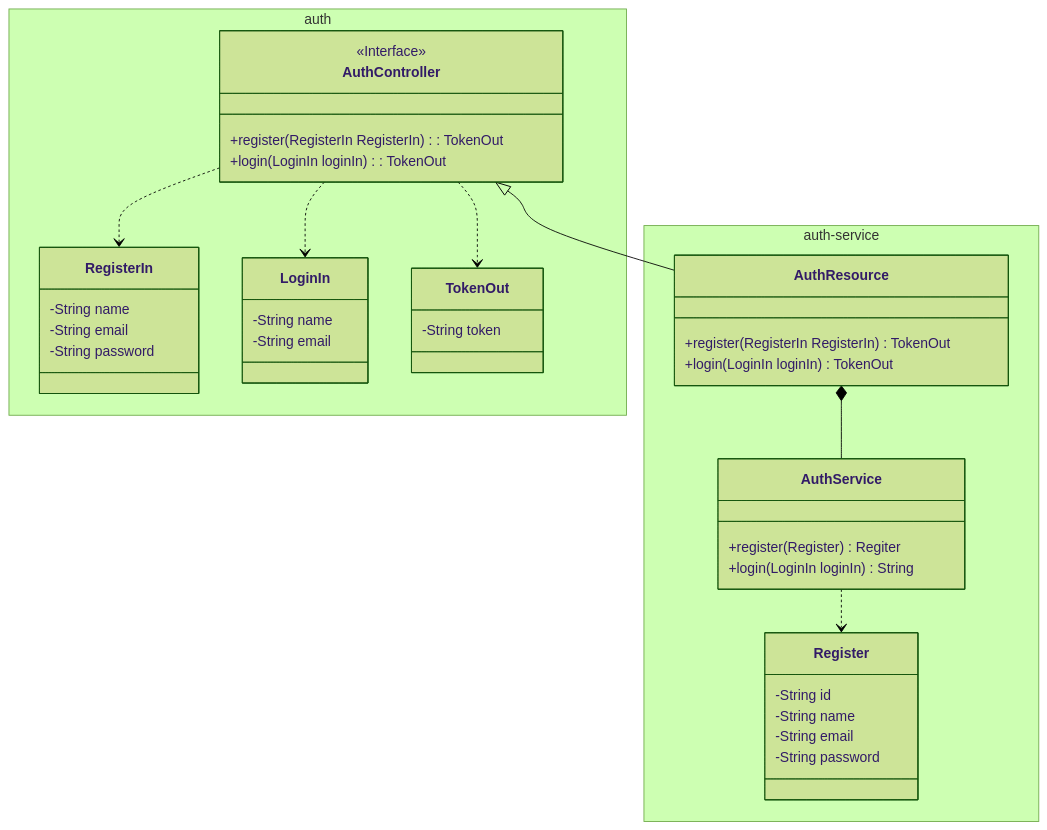
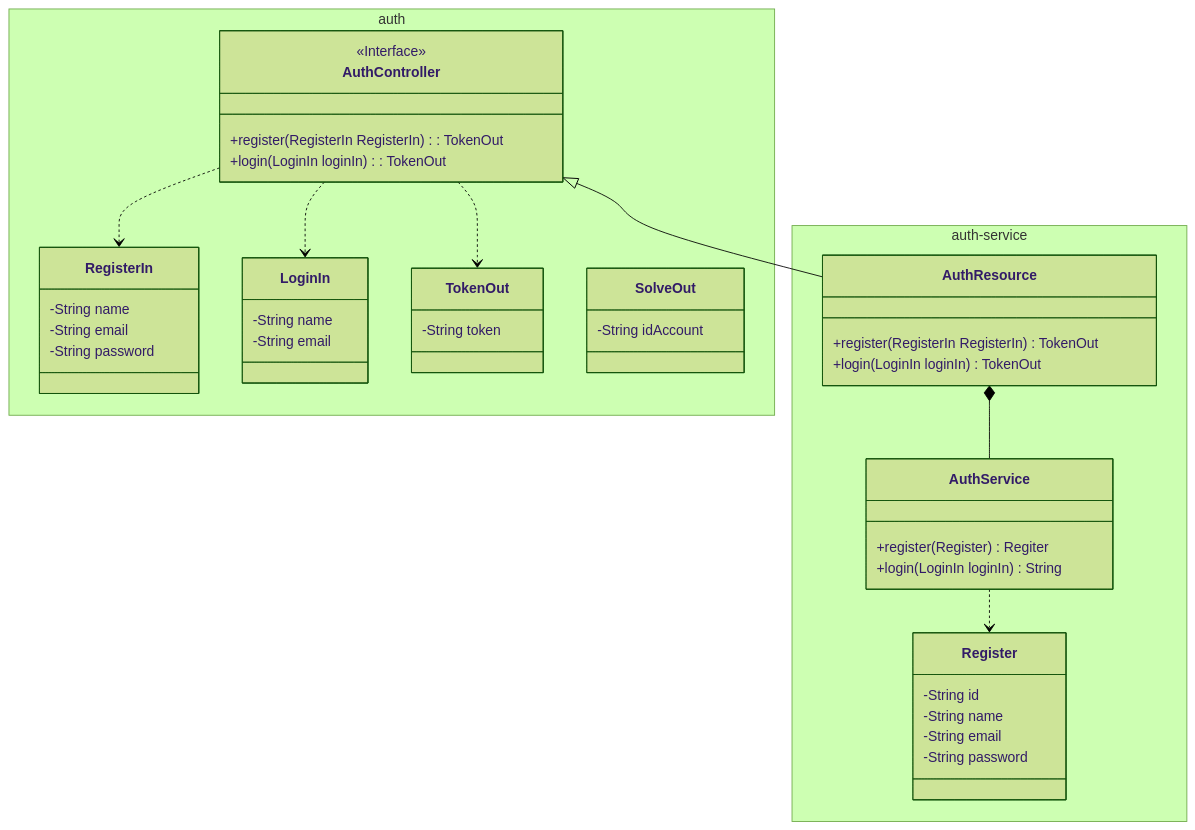
The first of 6 diagrams in docs/checkpoints/checkpoint3.md (laupontiroli/platform_api-serv), drawn with Mermaid (forest theme) before and after one commit. The commit also changed other lines of this file, not shown here.

Commit message:
solve token and update header with id-account

````diff
--- a/docs/checkpoints/checkpoint3.md
+++ b/docs/checkpoints/checkpoint3.md
@@ -8,45 +8,48 @@
 ``` mermaid
 classDiagram
     namespace auth {
         class AuthController {
             +register(RegisterIn RegisterIn): TokenOut
             +login(LoginIn loginIn): TokenOut
         }
         class RegisterIn {
             -String name
             -String email
             -String password
         }
         class LoginIn {
             -String name
             -String email
         }
         class TokenOut {
             -String token
+        }
+        class SolveOut {
+            -String idAccount
         }
     }
     namespace auth-service {
         class AuthResource {
             +register(RegisterIn RegisterIn) TokenOut
             +login(LoginIn loginIn) TokenOut
         }
         class AuthService {
             +register(Register) Regiter
             +login(LoginIn loginIn) String
         }
         class Register {
             -String id
             -String name
             -String email
             -String password
         }
     }
     <<Interface>> AuthController
     AuthController ..> RegisterIn
     AuthController ..> LoginIn
     AuthController ..> TokenOut
 
     AuthController <|-- AuthResource
     AuthResource *-- AuthService
     AuthService ..> Register
 ```
````
